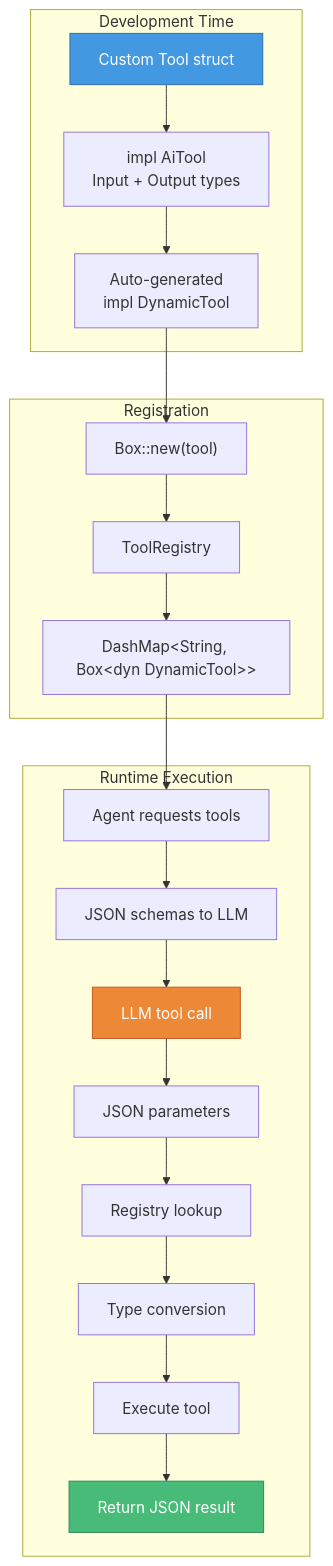
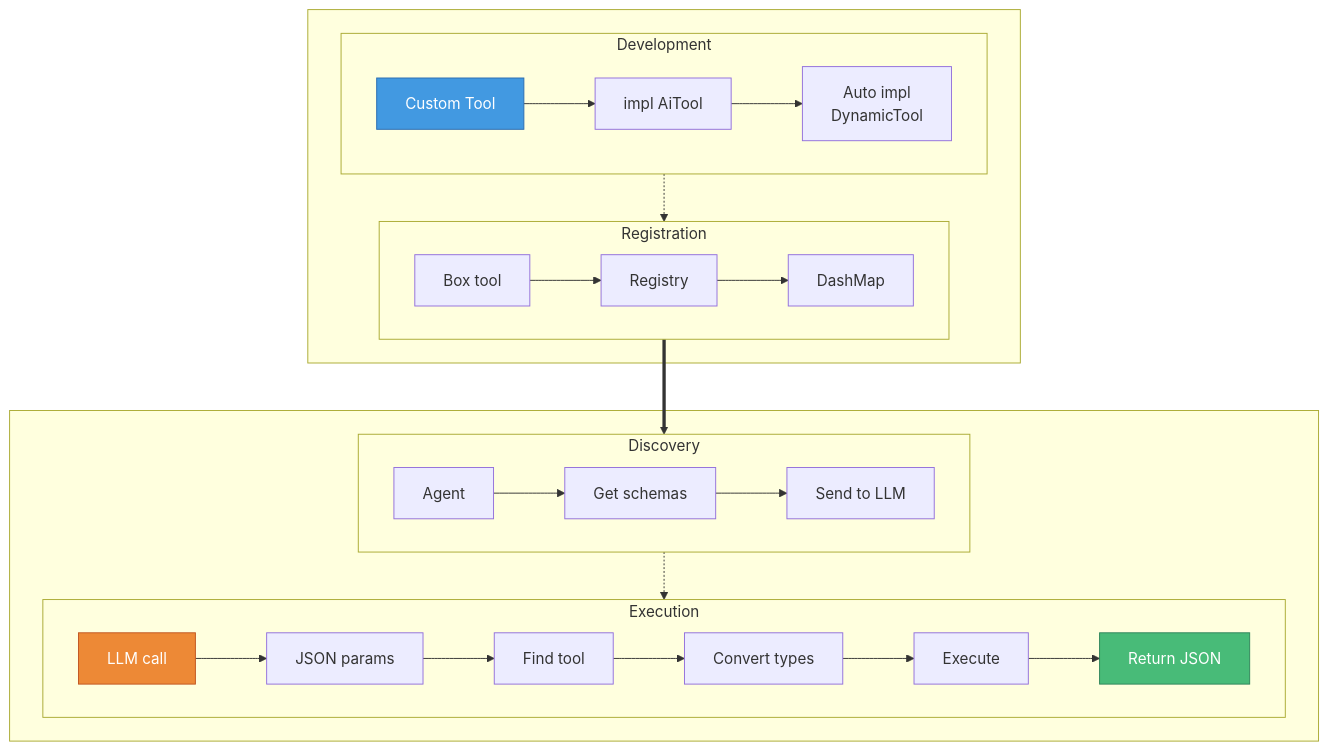
The diagram in docs/tool-system-guide.md (scarnecchia/numina), drawn with Mermaid before and after one commit.

````diff
--- a/docs/tool-system-guide.md
+++ b/docs/tool-system-guide.md
@@ -56,38 +56,37 @@
 ```mermaid
 flowchart TB
-    subgraph top ["Development Time"]
-        A[Custom Tool struct]
-        B[impl AiTool<br/>Input + Output types]
-        C[Auto-generated<br/>impl DynamicTool]
+    subgraph row1 [" "]
+        subgraph dev ["Development"]
+            A[Custom Tool] --> B[impl AiTool]
+            B --> C[Auto impl<br/>DynamicTool]
+        end
         
-        A --> B
-        B --> C
+        subgraph reg ["Registration"]
+            D[Box tool] --> E[Registry]
+            E --> F[DashMap]
+        end
     end
     
-    subgraph middle ["Registration"]
-        D["Box::new(tool)"]
-        E[ToolRegistry]
-        F["DashMap&lt;String, Box&lt;dyn DynamicTool&gt;&gt;"]
+    subgraph row2 [" "]
+        subgraph run1 ["Discovery"]
+            G[Agent] --> H[Get schemas]
+            H --> I[Send to LLM]
+        end
         
-        C --> D
-        D --> E
-        E --> F
+        subgraph run2 ["Execution"]
+            J[LLM call] --> K[JSON params]
+            K --> L[Find tool]
+            L --> M[Convert types]
+            M --> N[Execute]
+            N --> O[Return JSON]
+        end
     end
     
-    subgraph bottom ["Runtime Execution"]
-        G[Agent requests tools] --> H[JSON schemas to LLM]
-        I[LLM tool call] --> J[JSON parameters]
-        K[Registry lookup] --> L[Type conversion]
-        M[Execute tool] --> N[Return JSON result]
-        
-        H --> I
-        J --> K
-        L --> M
-    end
-    
-    F --> G
+    dev -.-> reg
+    reg ==> run1
+    run1 -.-> run2
     
     style A fill:#4299e1,stroke:#2b6cb0,color:#fff
-    style I fill:#ed8936,stroke:#c05621,color:#fff
-    style N fill:#48bb78,stroke:#2f855a,color:#fff
+    style J fill:#ed8936,stroke:#c05621,color:#fff
+    style O fill:#48bb78,stroke:#2f855a,color:#fff
 ```
````
